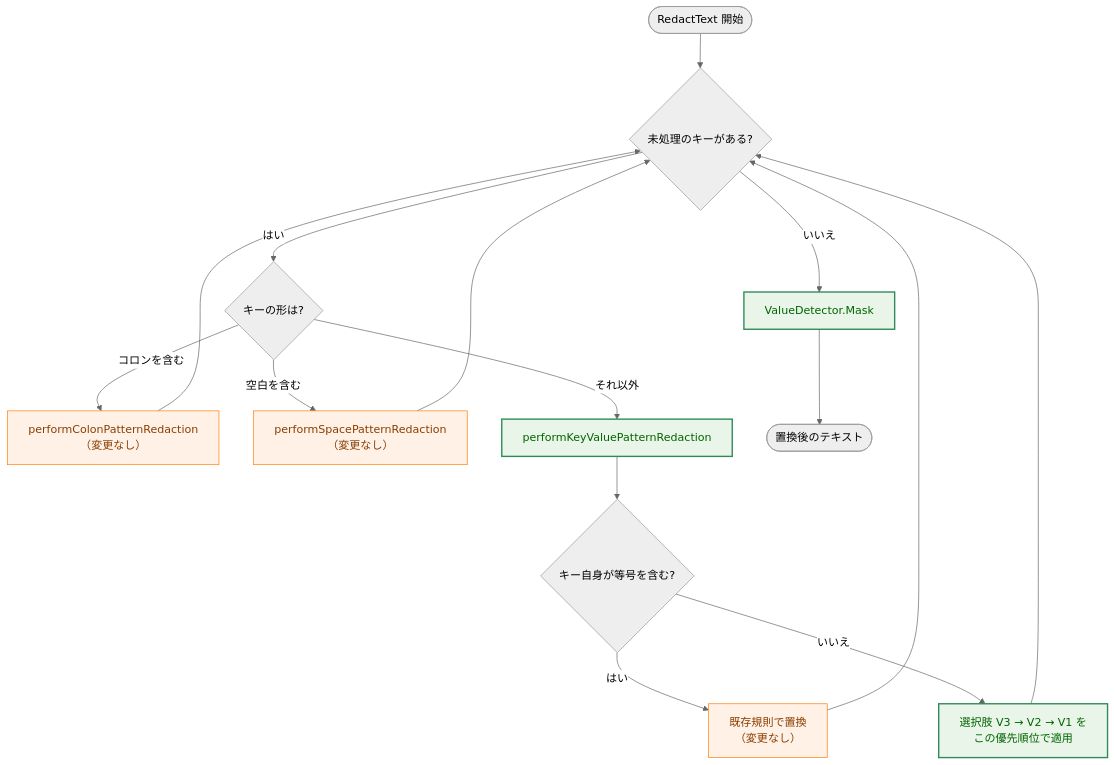
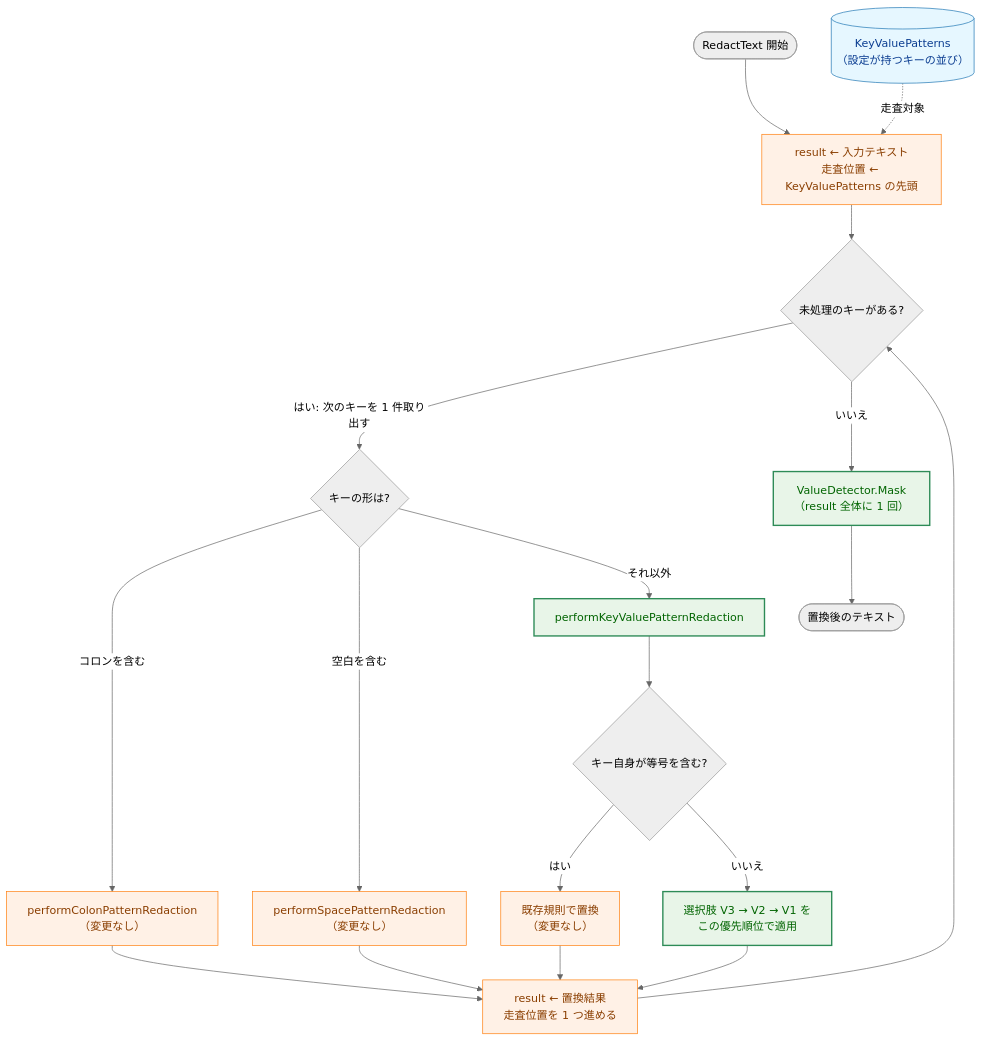
Before and after one commit to isseis/go-safe-cmd-runner: the eighth of 10 diagrams in docs/tasks/0163_redaction_coverage_and_slack_async/02_architecture.md, drawn with Mermaid (neutral theme). The commit also changed other lines of this file, not shown here.

Commit message:
docs(0163): make the redaction loop state explicit in 6.1

````diff
--- a/docs/tasks/0163_redaction_coverage_and_slack_async/02_architecture.md
+++ b/docs/tasks/0163_redaction_coverage_and_slack_async/02_architecture.md
@@ -963,26 +963,31 @@
 ```mermaid
 flowchart TD
+    classDef data fill:#e6f7ff,stroke:#1f77b4,stroke-width:1px,color:#0b3d91;
     classDef process fill:#fff1e6,stroke:#ff7f0e,stroke-width:1px,color:#8a3e00;
     classDef enhanced fill:#e8f5e8,stroke:#2e8b57,stroke-width:2px,color:#006400;
 
-    S(["RedactText 開始"]) --> NEXT{"未処理のキーがある?"}
-    NEXT -->|"はい"| BR{"キーの形は?"}
+    S(["RedactText 開始"]) --> INIT["result ← 入力テキスト<br>走査位置 ← KeyValuePatterns の先頭"]
+    KVP[("KeyValuePatterns<br>（設定が持つキーの並び）")] -.->|"走査対象"| INIT
+    INIT --> NEXT{"未処理のキーがある?"}
+    NEXT -->|"はい: 次のキーを 1 件取り出す"| BR{"キーの形は?"}
     BR -->|"コロンを含む"| COLON["performColonPatternRedaction<br>（変更なし）"]
     BR -->|"空白を含む"| SPACE["performSpacePatternRedaction<br>（変更なし）"]
     BR -->|"それ以外"| KV["performKeyValuePatternRedaction"]
 
     KV --> EQ{"キー自身が等号を含む?"}
     EQ -->|"はい"| KEEP["既存規則で置換<br>（変更なし）"]
     EQ -->|"いいえ"| FORM["選択肢 V3 → V2 → V1 を<br>この優先順位で適用"]
 
-    COLON --> NEXT
-    SPACE --> NEXT
-    KEEP --> NEXT
-    FORM --> NEXT
+    COLON --> UPD["result ← 置換結果<br>走査位置を 1 つ進める"]
+    SPACE --> UPD
+    KEEP --> UPD
+    FORM --> UPD
+    UPD --> NEXT
 
-    NEXT -->|"いいえ"| VD["ValueDetector.Mask"]
+    NEXT -->|"いいえ"| VD["ValueDetector.Mask<br>（result 全体に 1 回）"]
     VD --> E(["置換後のテキスト"])
 
+    class KVP data
     class KV,FORM,VD enhanced
-    class COLON,SPACE,KEEP process
+    class COLON,SPACE,KEEP,INIT,UPD process
 ```
````
